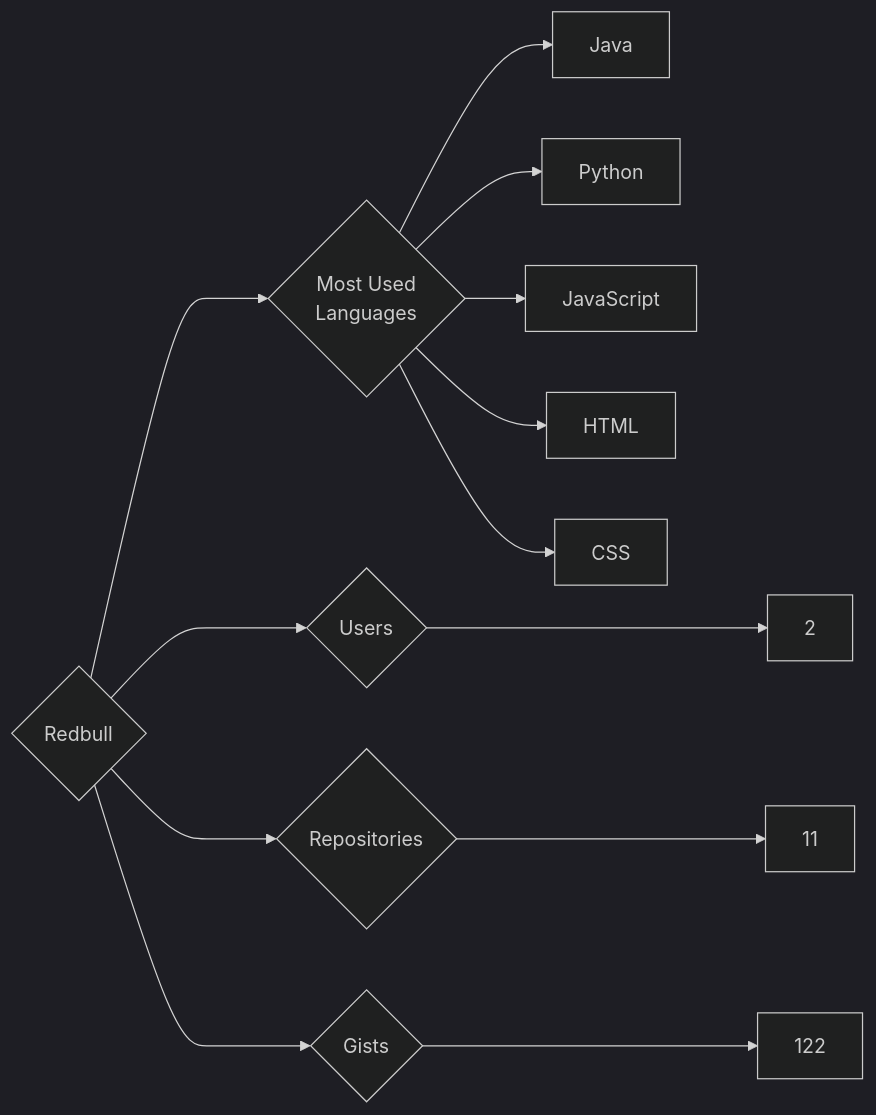
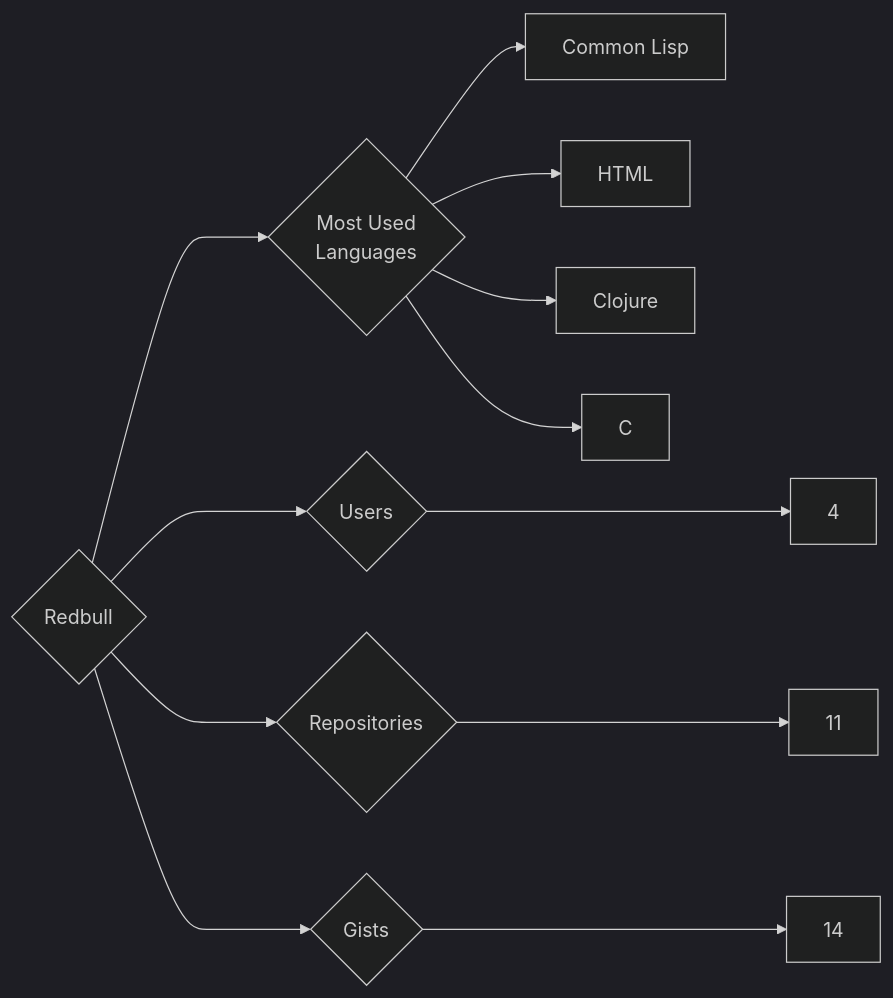
One commit to trickest/insiders changed the diagram in targets/Redbull/README.md. Above: the diagram before and after it, drawn with Mermaid (dark theme). The commit also changed 1696 other files, not shown here.

````diff
--- a/targets/Redbull/README.md
+++ b/targets/Redbull/README.md
@@ -3,13 +3,12 @@
 ```mermaid
 graph LR
 COMPANY_NAME{Redbull}
-COMPANY_NAME ---> U{Users} ---> UN[2]
+COMPANY_NAME ---> U{Users} ---> UN[4]
 COMPANY_NAME ---> R{Repositories} ---> RN[11]
-COMPANY_NAME ---> G{Gists} ---> GN[122]
+COMPANY_NAME ---> G{Gists} ---> GN[14]
 COMPANY_NAME ---> ML{Most Used<br>Languages}
-ML --> Java[Java]
-ML --> Python[Python]
-ML --> JavaScript[JavaScript]
+ML --> Common_Lisp[Common Lisp]
 ML --> HTML[HTML]
-ML --> CSS[CSS]
+ML --> Clojure[Clojure]
+ML --> C[C]
 ```
````
